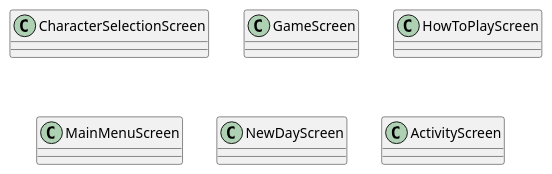
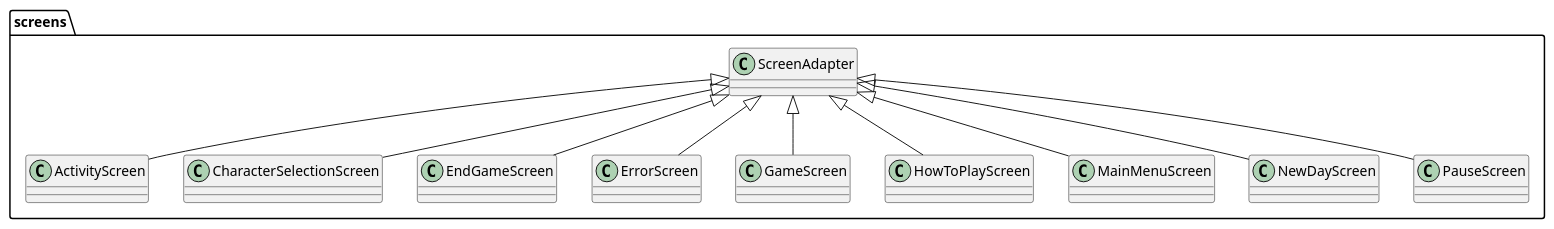
The diagram in UML_Diagrams/screens_Class_Diagram.puml (Mxtt-smith/Group-12-ENG1), drawn with PlantUML before and after one commit. The commit also changed 7 other files, not shown here.

```diff
--- a/UML_Diagrams/screens_Class_Diagram.puml
+++ b/UML_Diagrams/screens_Class_Diagram.puml
@@ -1,15 +1,16 @@
 @startuml
 'https://plantuml.com/class-diagram
 
-class CharacterSelectionScreen
-
-class GameScreen
-
-class HowToPlayScreen
-
-class MainMenuScreen
-
-class NewDayScreen
-
-class ActivityScreen
+package screens {
+class ActivityScreen extends ScreenAdapter
+class CharacterSelectionScreen extends ScreenAdapter
+class EndGameScreen extends ScreenAdapter
+class ErrorScreen extends ScreenAdapter
+class GameScreen extends ScreenAdapter
+class HowToPlayScreen extends ScreenAdapter
+class MainMenuScreen extends ScreenAdapter
+class NewDayScreen extends ScreenAdapter
+class PauseScreen extends ScreenAdapter
+}
+}
 @enduml
```
